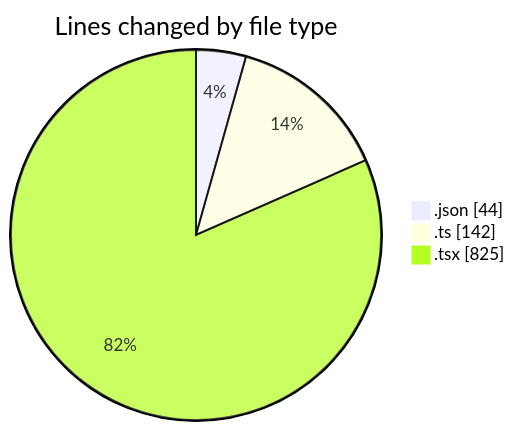
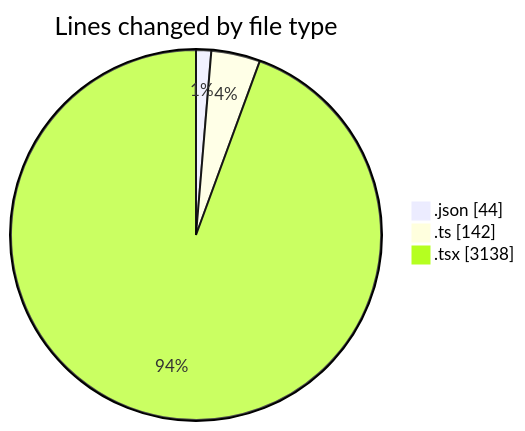
The first of 2 diagrams in 2025-10-24/eventscop-frontend-guide__workspace_/README.md (julien-gomy/code-tracking), drawn with Mermaid before and after one commit. The commit also changed other lines of this file and 1 other file, not shown here.

````diff
--- a/2025-10-24/eventscop-frontend-guide__workspace_/README.md
+++ b/2025-10-24/eventscop-frontend-guide__workspace_/README.md
@@ -26,7 +32,7 @@
 ```mermaid
 pie showData
 title Lines changed by file type
 ".json" : 44
 ".ts" : 142
-".tsx" : 825
+".tsx" : 3138
 ```
````
